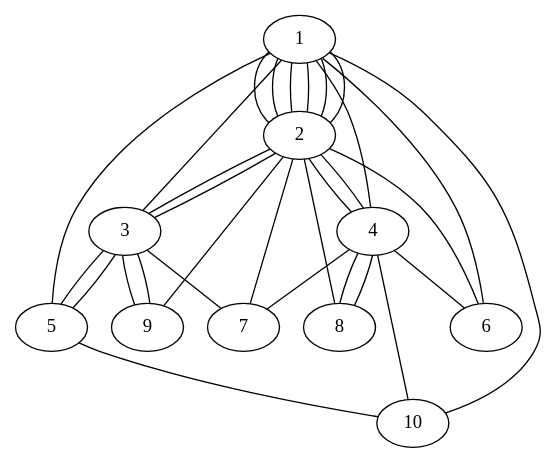
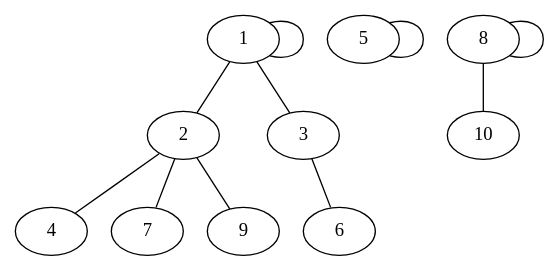
Before and after one commit to GuidoHeijden/CNproject_PAmodels: the diagram in hofstad_PA.dot, drawn with Graphviz. The commit also changed 5 other files, not shown here.

```diff
--- a/hofstad_PA.dot
+++ b/hofstad_PA.dot
@@ -1,42 +1,22 @@
 graph  {
-1 [pos="[0.12573963 0.41816294]"];
-2 [pos="[-0.09485183 -0.29236971]"];
-3 [pos="[ 0.66429993 -0.1488208 ]"];
-4 [pos="[-0.51722266  0.03556396]"];
-5 [pos="[0.79241459 0.7085776 ]"];
-6 [pos="[-0.69207017  0.517282  ]"];
-7 [pos="[-0.0019793 -0.8004447]"];
-8 [pos="[-0.94259015 -0.59918153]"];
-9 [pos="[ 0.70942099 -0.83876977]"];
-10 [pos="[-0.04316102  1.        ]"];
+1 [pos="[0.01631832 0.21064744]"];
+2 [pos="[ 0.0184226  -0.21363959]"];
+3 [pos="[0.01417381 0.60935754]"];
+4 [pos="[-0.41020895 -0.30372643]"];
+5 [pos="[-0.31246304  0.22701231]"];
+6 [pos="[0.01217379 1.        ]"];
+7 [pos="[ 0.02053751 -0.63595073]"];
+8 [pos="[-0.08705816 -0.35681249]"];
+9 [pos="[ 0.44793818 -0.29939921]"];
+10 [pos="[ 0.28016593 -0.23748884]"];
+1 -- 1  [key=0];
 1 -- 2  [key=0];
-1 -- 2  [key=1];
-1 -- 2  [key=2];
-1 -- 2  [key=3];
-1 -- 2  [key=4];
-1 -- 2  [key=5];
 1 -- 3  [key=0];
-1 -- 4  [key=0];
-1 -- 5  [key=0];
-1 -- 6  [key=0];
-1 -- 10  [key=0];
-2 -- 3  [key=0];
-2 -- 3  [key=1];
 2 -- 4  [key=0];
-2 -- 4  [key=1];
-2 -- 6  [key=0];
 2 -- 7  [key=0];
-2 -- 8  [key=0];
 2 -- 9  [key=0];
-3 -- 5  [key=0];
-3 -- 5  [key=1];
-3 -- 7  [key=0];
-3 -- 9  [key=0];
-3 -- 9  [key=1];
-4 -- 6  [key=0];
-4 -- 7  [key=0];
-4 -- 8  [key=0];
-4 -- 8  [key=1];
-4 -- 10  [key=0];
-5 -- 10  [key=0];
+3 -- 6  [key=0];
+5 -- 5  [key=0];
+8 -- 8  [key=0];
+8 -- 10  [key=0];
 }
```
